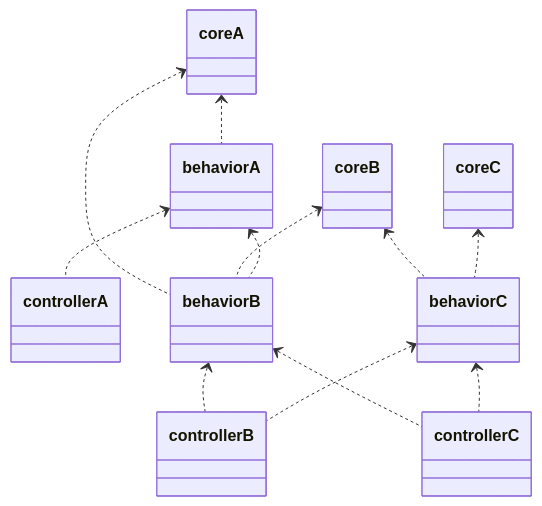
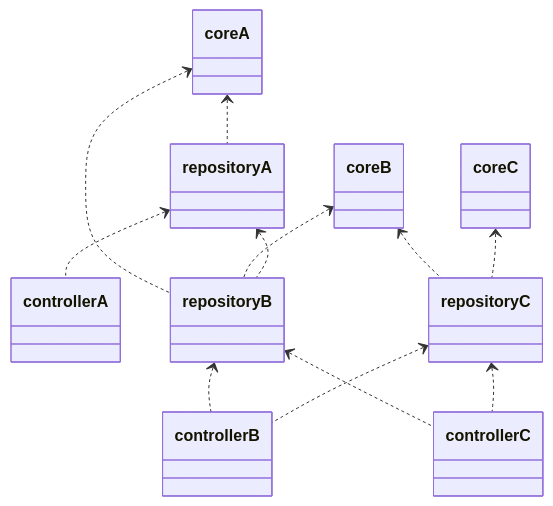
Before and after one commit to motojouya/ddd_go: the second of 2 diagrams in docs/guideline/package.md, drawn with Mermaid. The commit also changed other lines of this file and 6 other files, not shown here.

Commit message:
name change behavior to repository

````diff
--- a/docs/guideline/package.md
+++ b/docs/guideline/package.md
@@ -106,25 +106,25 @@
 ```mermaid
 classDiagram
   class coreA
-  class behaviorA
+  class repositoryA
   class controllerA
-  coreA <.. behaviorA
-  behaviorA <.. controllerA
+  coreA <.. repositoryA
+  repositoryA <.. controllerA
 
   class coreB
-  class behaviorB
+  class repositoryB
   class controllerB
-  coreA <.. behaviorB
-  coreB <.. behaviorB
-  behaviorA <.. behaviorB
-  behaviorB <.. controllerB
-  behaviorC <.. controllerB
+  coreA <.. repositoryB
+  coreB <.. repositoryB
+  repositoryA <.. repositoryB
+  repositoryB <.. controllerB
+  repositoryC <.. controllerB
 
   class coreC
-  class behaviorC
+  class repositoryC
   class controllerC
-  coreB <.. behaviorC
-  coreC <.. behaviorC
-  behaviorB <.. controllerC
-  behaviorC <.. controllerC
+  coreB <.. repositoryC
+  coreC <.. repositoryC
+  repositoryB <.. controllerC
+  repositoryC <.. controllerC
 ```
````
